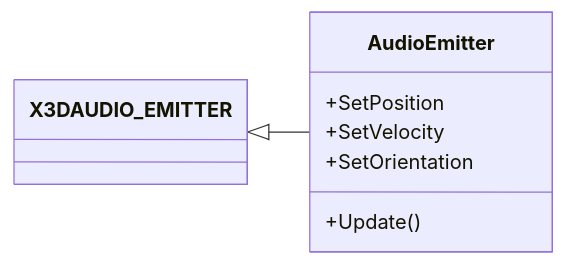
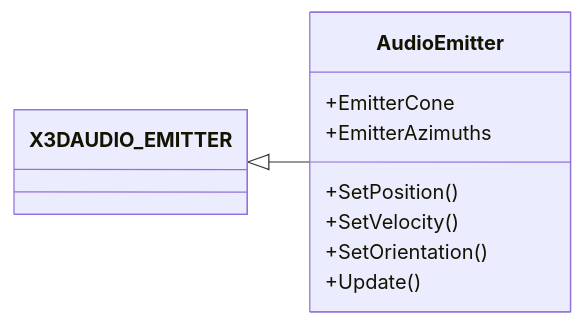
Before and after one commit to neogrammer/Wiki: the diagram in AudioEmitter.md, drawn with Mermaid. The commit also changed other lines of this file, not shown here.

Commit message:
Updated AudioEmitter (markdown)

````diff
--- a/AudioEmitter.md
+++ b/AudioEmitter.md
@@ -10,12 +10,14 @@
 ```mermaid
 classDiagram
 direction LR
 class AudioEmitter{
-   +SetPosition
-   +SetVelocity
-   +SetOrientation
+   +EmitterCone
+   +EmitterAzimuths
+   +SetPosition()
+   +SetVelocity()
+   +SetOrientation()
    +Update()
 }
 class X3DAUDIO_EMITTER
 X3DAUDIO_EMITTER <|-- AudioEmitter
 ```
````
